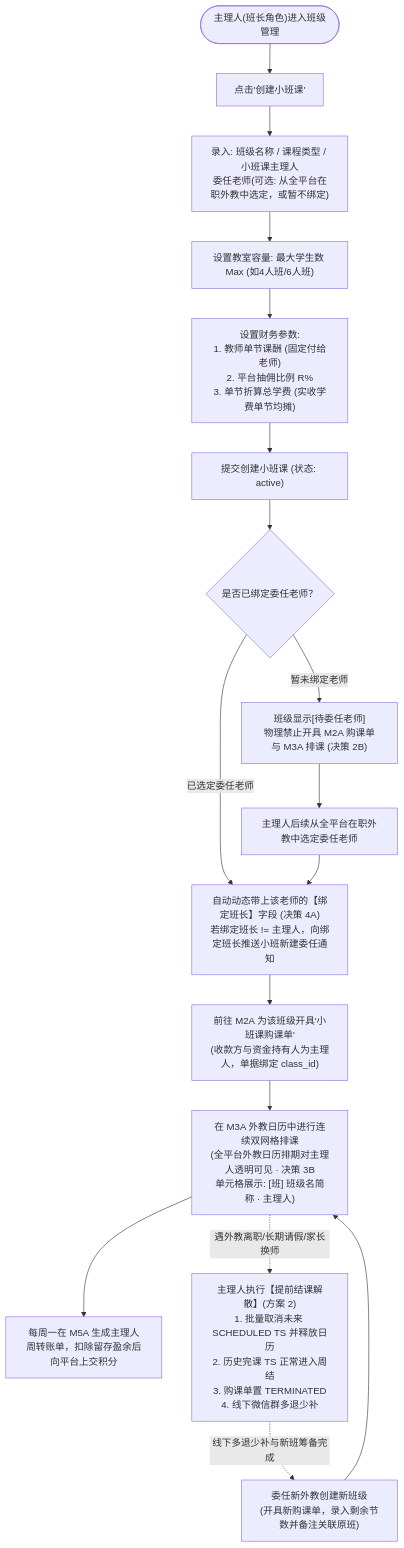
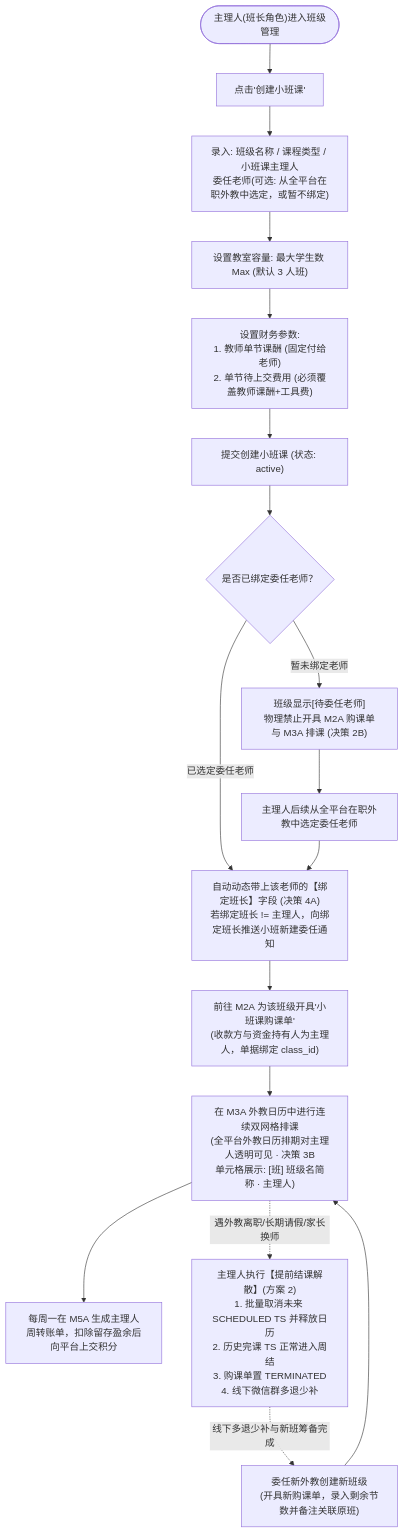
Before and after one commit to Onezao/dream: the first of 2 diagrams in docs/prd/m1c_classes.md, drawn with Mermaid. The commit also changed other lines of this file and 37 other files, not shown here.

````diff
--- a/docs/prd/m1c_classes.md
+++ b/docs/prd/m1c_classes.md
@@ -55,24 +55,24 @@
 ```mermaid
 flowchart TD
     Start(["主理人(班长角色)进入班级管理"]) --> CreateClick["点击'创建小班课'"]
     CreateClick --> InputConfig["录入: 班级名称 / 课程类型 / 小班课主理人\n委任老师(可选: 从全平台在职外教中选定，或暂不绑定)"]
-    InputConfig --> SetCapacity["设置教室容量: 最大学生数 Max (如4人班/6人班)"]
-    SetCapacity --> SetFinance["设置财务参数:\n1. 教师单节课酬 (固定付给老师)\n2. 平台抽佣比例 R%\n3. 单节折算总学费 (实收学费单节均摊)"]
+    InputConfig --> SetCapacity["设置教室容量: 最大学生数 Max (默认 3 人班)"]
+    SetCapacity --> SetFinance["设置财务参数:\n1. 教师单节课酬 (固定付给老师)\n2. 单节待上交费用 (必须覆盖教师课酬+工具费)"]
     
     SetFinance --> SubmitClass["提交创建小班课 (状态: active)"]
     SubmitClass --> CheckTeacherBound{"是否已绑定委任老师？"}
     
     CheckTeacherBound -- "暂未绑定老师" --> BlockOrderAndSched["班级显示[待委任老师]\n物理禁止开具 M2A 购课单与 M3A 排课 (决策 2B)"]
     BlockOrderAndSched --> AppointLater["主理人后续从全平台在职外教中选定委任老师"]
     
     CheckTeacherBound -- "已选定委任老师" --> AutoLinkMonitor["自动动态带上该老师的【绑定班长】字段 (决策 4A)\n若绑定班长 != 主理人，向绑定班长推送小班新建委任通知"]
     AppointLater --> AutoLinkMonitor
     
     AutoLinkMonitor --> PurchaseOrder["前往 M2A 为该班级开具'小班课购课单'\n(收款方与资金持有人为主理人，单据绑定 class_id)"]
     PurchaseOrder --> ScheduleCalendar["在 M3A 外教日历中进行连续双网格排课\n(全平台外教日历排期对主理人透明可见 · 决策 3B\n单元格展示: [班] 班级名简称 · 主理人)"]
     ScheduleCalendar --> WeeklySettlement["每周一在 M5A 生成主理人周转账单，扣除留存盈余后向平台上交积分"]
     
     ScheduleCalendar -. "遇外教离职/长期请假/家长换师" .-> EarlyTerm["主理人执行【提前结课解散】(方案 2)\n1. 批量取消未来 SCHEDULED TS 并释放日历\n2. 历史完课 TS 正常进入周结\n3. 购课单置 TERMINATED\n4. 线下微信群多退少补"]
     EarlyTerm -. "线下多退少补与新班筹备完成" .-> CreateNewClass["委任新外教创建新班级\n(开具新购课单，录入剩余节数并备注关联原班)"]
     CreateNewClass --> ScheduleCalendar
 ```
````
